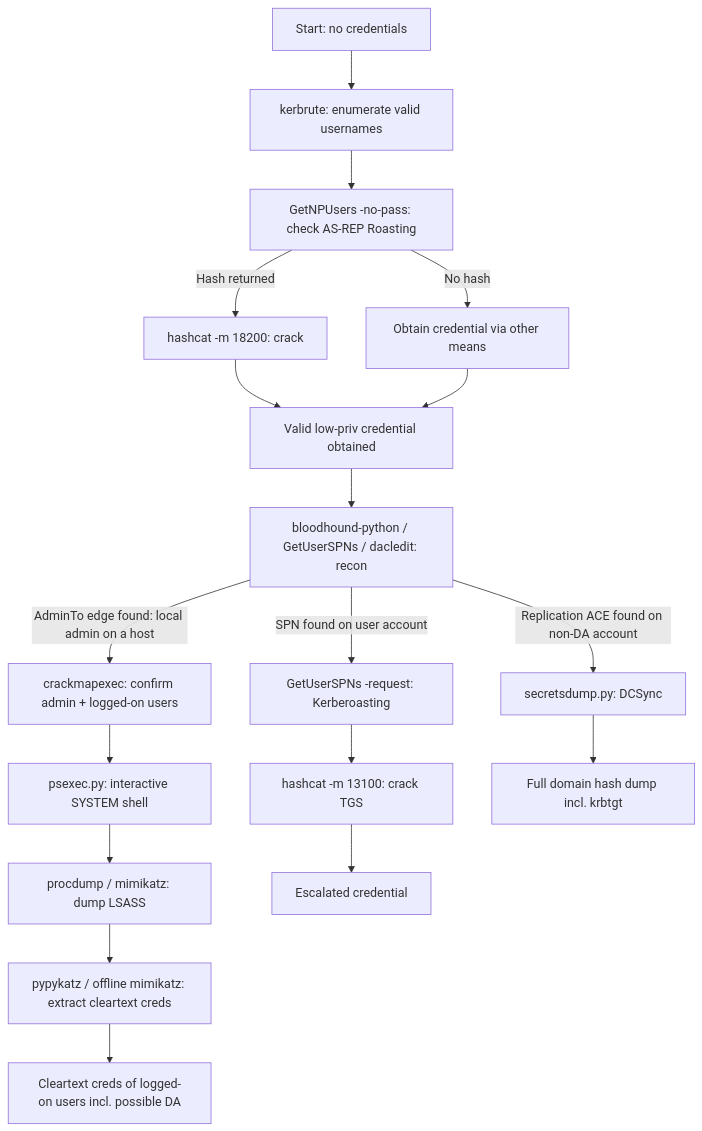
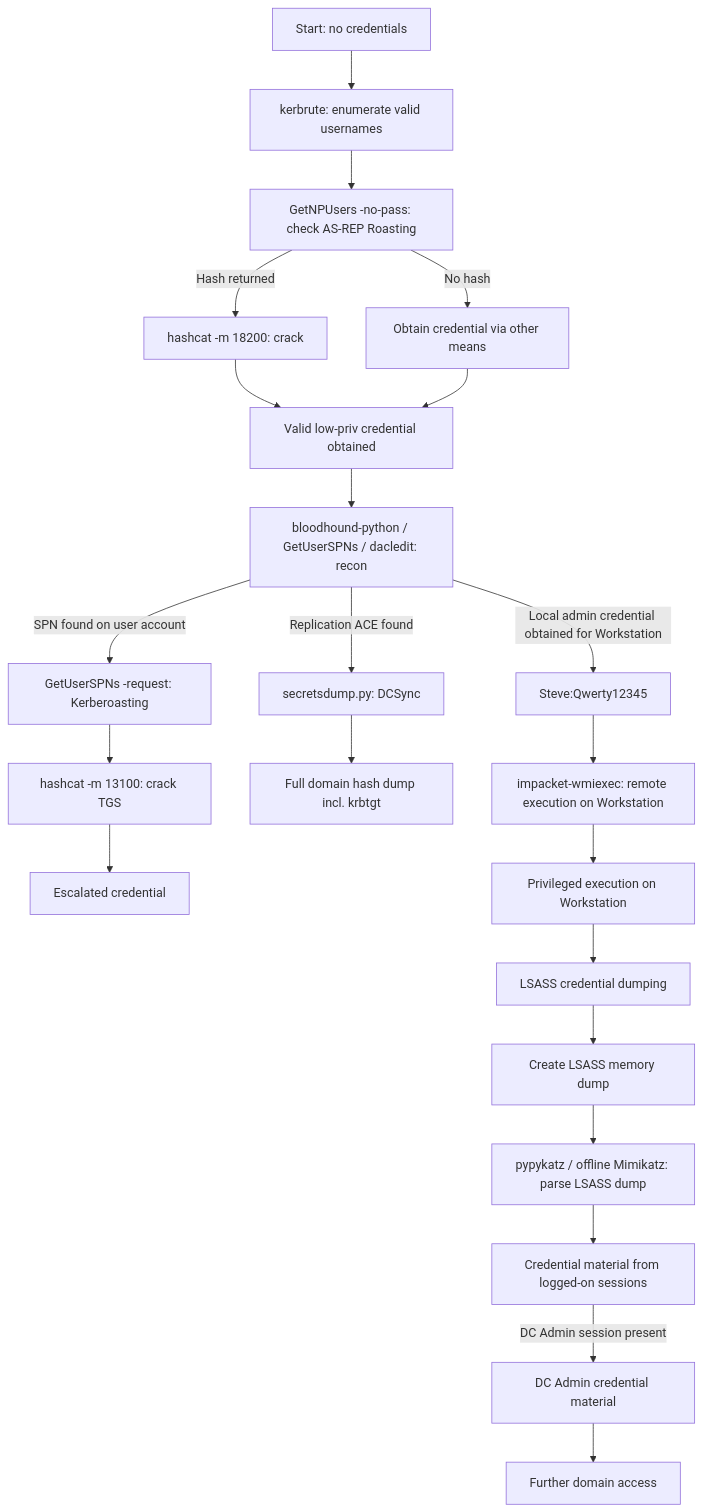
One commit to LazurNiko/Sandbox_SecurityLab_1 changed the diagram in block1-attacks/Attack-decision-flowchart.md. Above: the diagram before and after it, drawn with Mermaid. The commit also changed 2 other files, not shown here.

Commit message:
Add lsass attack to Attack_decision_flowchart

````diff
--- a/block1-attacks/Attack-decision-flowchart.md
+++ b/block1-attacks/Attack-decision-flowchart.md
@@ -1,37 +1,41 @@
 ```mermaid
+
 flowchart TD
 
     A[Start: no credentials] --> B[kerbrute: enumerate valid usernames]
 
     B --> C[GetNPUsers -no-pass: check AS-REP Roasting]
 
     C -->|Hash returned| D[hashcat -m 18200: crack]
-
     D --> E[Valid low-priv credential obtained]
 
     C -->|No hash| F[Obtain credential via other means]
-
     F --> E
 
     E --> G[bloodhound-python / GetUserSPNs / dacledit: recon]
 
     G -->|SPN found on user account| H[GetUserSPNs -request: Kerberoasting]
-
     H --> I[hashcat -m 13100: crack TGS]
-
-    G -->|Replication ACE found on non-DA account| J[secretsdump.py: DCSync]
-
-    G -->|AdminTo edge found: local admin on a host| K[crackmapexec: confirm admin + logged-on users]
-
-    K --> L[psexec.py: interactive SYSTEM shell]
-
-    L --> M[procdump / mimikatz: dump LSASS]
-
-    M --> N[pypykatz / offline mimikatz: extract cleartext creds]
-
     I --> O[Escalated credential]
 
+    G -->|Replication ACE found| J[secretsdump.py: DCSync]
     J --> P[Full domain hash dump incl. krbtgt]
 
-    N --> Q[Cleartext creds of logged-on users incl. possible DA]
+    G -->|Local admin credential obtained for Workstation| K[Steve:Qwerty12345]
+
+    K --> L[impacket-wmiexec: remote execution on Workstation]
+
+    L --> M[Privileged execution on Workstation]
+
+    M --> N[LSASS credential dumping]
+
+    N --> R[Create LSASS memory dump]
+
+    R --> S[pypykatz / offline Mimikatz: parse LSASS dump]
+
+    S --> T[Credential material from logged-on sessions]
+
+    T -->|DC Admin session present| U[DC Admin credential material]
+
+    U --> V[Further domain access]
 ```
````
